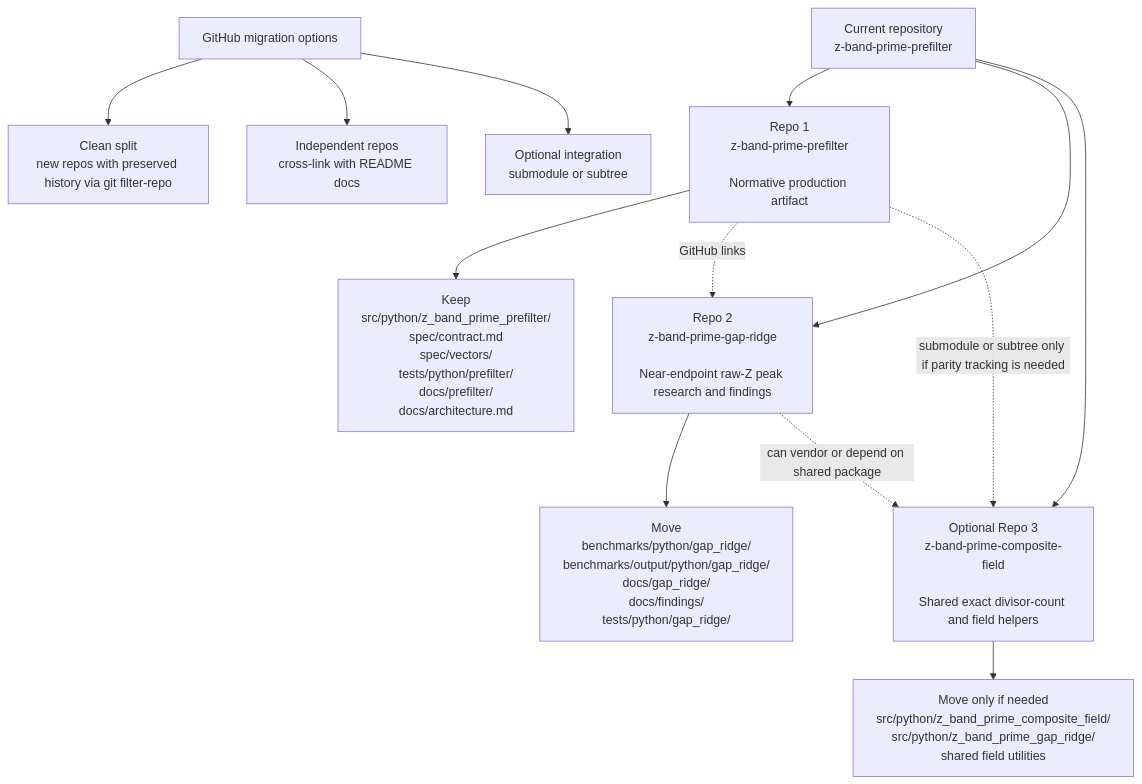
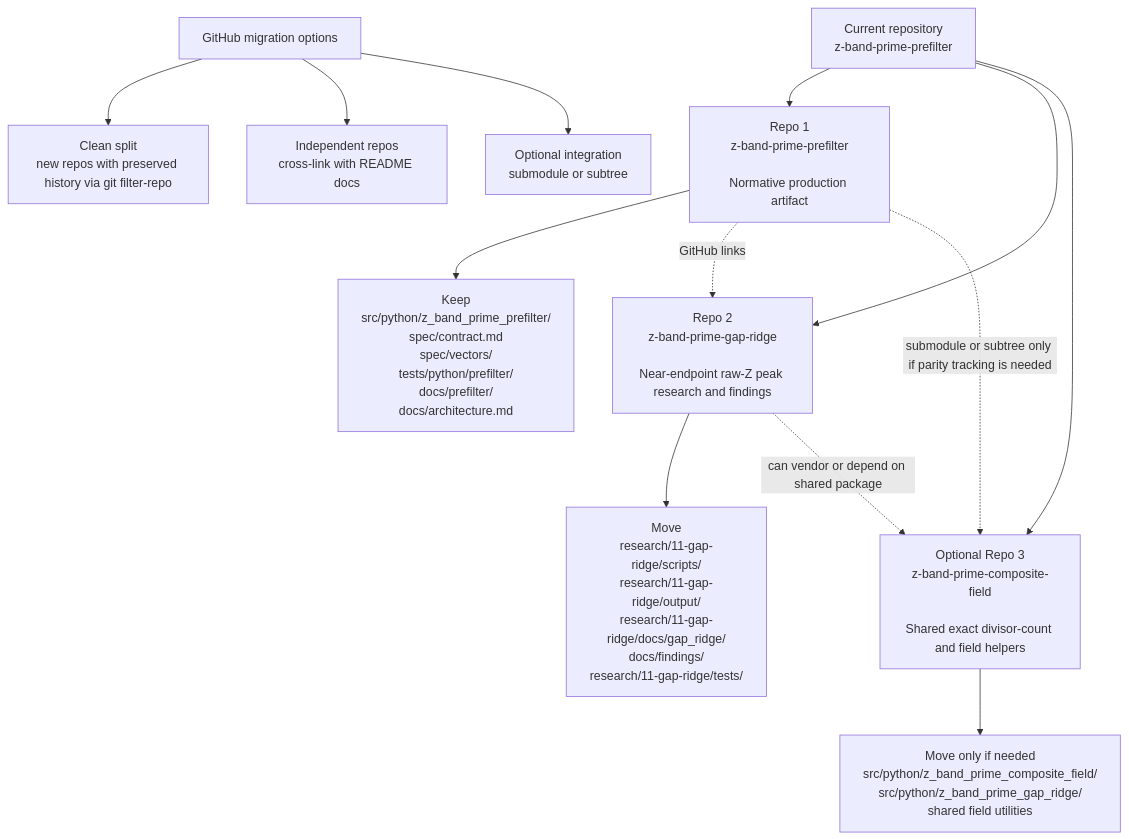
One commit to zfifteen/geodesic-prime-prefilter changed the diagram in docs/repo_split_diagram.md. Above: the diagram before and after it, drawn with Mermaid. The commit also changed 207 other files, not shown here.

Commit message:
Move remaining research families into chapters

````diff
--- a/docs/repo_split_diagram.md
+++ b/docs/repo_split_diagram.md
@@ -3,18 +3,18 @@
 ```mermaid
 flowchart TB
     A["Current repository<br/>z-band-prime-prefilter"] --> B["Repo 1<br/>z-band-prime-prefilter<br/><br/>Normative production artifact"]
     A --> C["Repo 2<br/>z-band-prime-gap-ridge<br/><br/>Near-endpoint raw-Z peak research and findings"]
     A --> D["Optional Repo 3<br/>z-band-prime-composite-field<br/><br/>Shared exact divisor-count and field helpers"]
 
     B --> B1["Keep<br/>src/python/z_band_prime_prefilter/<br/>spec/contract.md<br/>spec/vectors/<br/>tests/python/prefilter/<br/>docs/prefilter/<br/>docs/architecture.md"]
-    C --> C1["Move<br/>benchmarks/python/gap_ridge/<br/>benchmarks/output/python/gap_ridge/<br/>docs/gap_ridge/<br/>docs/findings/<br/>tests/python/gap_ridge/"]
+    C --> C1["Move<br/>research/11-gap-ridge/scripts/<br/>research/11-gap-ridge/output/<br/>research/11-gap-ridge/docs/gap_ridge/<br/>docs/findings/<br/>research/11-gap-ridge/tests/"]
     D --> D1["Move only if needed<br/>src/python/z_band_prime_composite_field/<br/>src/python/z_band_prime_gap_ridge/<br/>shared field utilities"]
 
     B -. "GitHub links" .-> C
     B -. "submodule or subtree only if parity tracking is needed" .-> D
     C -. "can vendor or depend on shared package" .-> D
 
     E["GitHub migration options"] --> E1["Clean split<br/>new repos with preserved history via git filter-repo"]
     E --> E2["Independent repos<br/>cross-link with README docs"]
     E --> E3["Optional integration<br/>submodule or subtree"]
 ```
````
